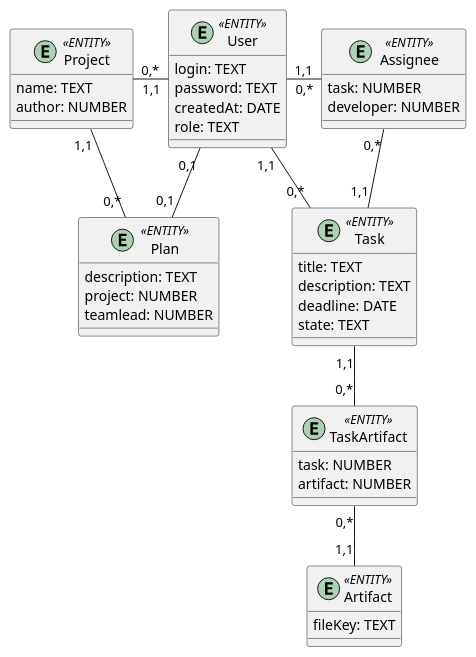
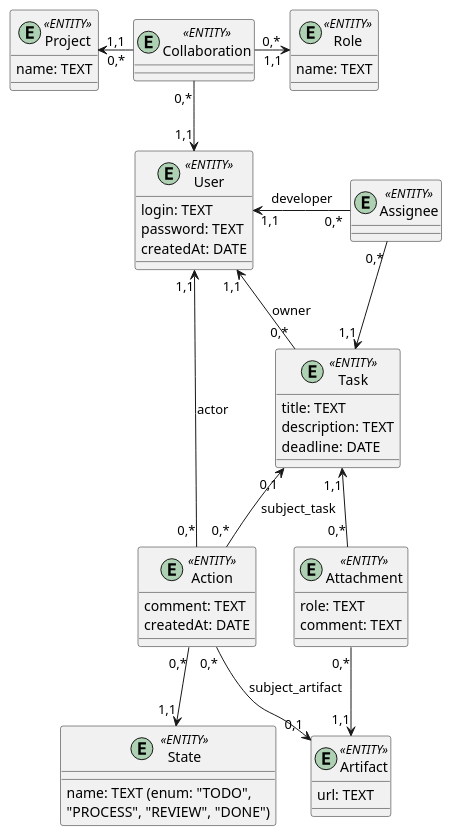
Before and after one commit to vtarasiuk/proj-control: the second of 2 diagrams in docs/design/README.md, drawn with PlantUML. The commit also changed other lines of this file, not shown here.

Commit message:
fix: improve ER and BE diagrams

```diff
--- a/docs/design/README.md
+++ b/docs/design/README.md
@@ -96,51 +101,62 @@
   @startuml
   
   entity Project <<ENTITY>> {
       name: TEXT
-      author: NUMBER
   }
 
   entity User <<ENTITY>> {
       login: TEXT
       password: TEXT
       createdAt: DATE
-      role: TEXT
   }
 
-  entity Plan <<ENTITY>> {
-      description: TEXT
-      project: NUMBER
-      teamlead: NUMBER
+  entity Collaboration <<ENTITY>> { }
+    
+  entity Role <<ENTITY>> {
+    name: TEXT
   }
-
+  
   entity Task <<ENTITY>> {
       title: TEXT
       description: TEXT
       deadline: DATE
-      state: TEXT
+  }
+  
+  entity Action <<ENTITY>> {
+    comment: TEXT
+    createdAt: DATE
   }
 
-  entity Assignee <<ENTITY>> {
-      task: NUMBER
-      developer: NUMBER
+  entity State <<ENTITY>> {
+    name: TEXT (enum: "TODO",\n"PROCESS", "REVIEW", "DONE")
   }
 
-  entity TaskArtifact <<ENTITY>> {
-      task: NUMBER
-      artifact: NUMBER
+  entity Assignee <<ENTITY>> { }
+
+  entity Attachment <<ENTITY>> {
+      role: TEXT
+      comment: TEXT
   }
 
   entity Artifact <<ENTITY>> {
-      fileKey: TEXT
+      url: TEXT
   }
+
+
+  Collaboration "0,*" -l-> "1,1" Project
+  Collaboration "0,*" --> "1,1" User
+  Collaboration "0,*" -> "1,1" Role
+
+  User "1,1" <-- "0,*" Task : owner
+  User "1,1" <- "0,*" Assignee : developer
+  Assignee "0,*" --> "1,1" Task
+
+  Action "0,*" --> "1,1" State
+  Action "0,*" -u-> "1,1" User : actor
+  Action "0,*" --> "0,1" Artifact : subject_artifact
+
+  Task "1,1" <-- "0,*" Attachment
+  Task "0,1" <-- "0,*" Action : subject_task
+  Attachment "0,*" --> "1,1" Artifact
   
-  Project "0,*" -r- "1,1" User
-  Project "1,1" -d- "0,*" Plan
-  Plan "0,1" -u- "0,1" User
-  User "1,1" -- "0,*" Task
-  User "1,1" -r- "0,*" Assignee
-  Assignee "0,*" -- "1,1" Task
-  Task "1,1" -- "0,*" TaskArtifact
-  TaskArtifact "0,*" -- "1,1" Artifact
-
   @enduml
```
